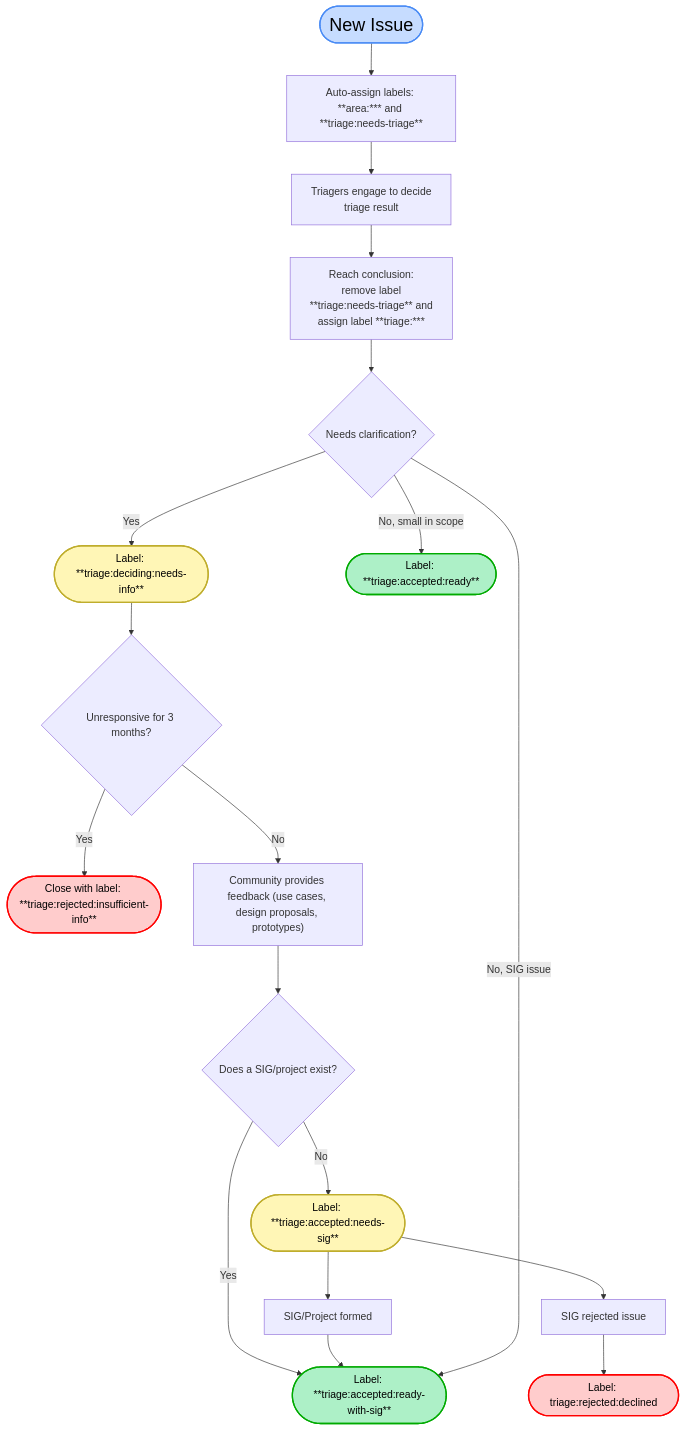
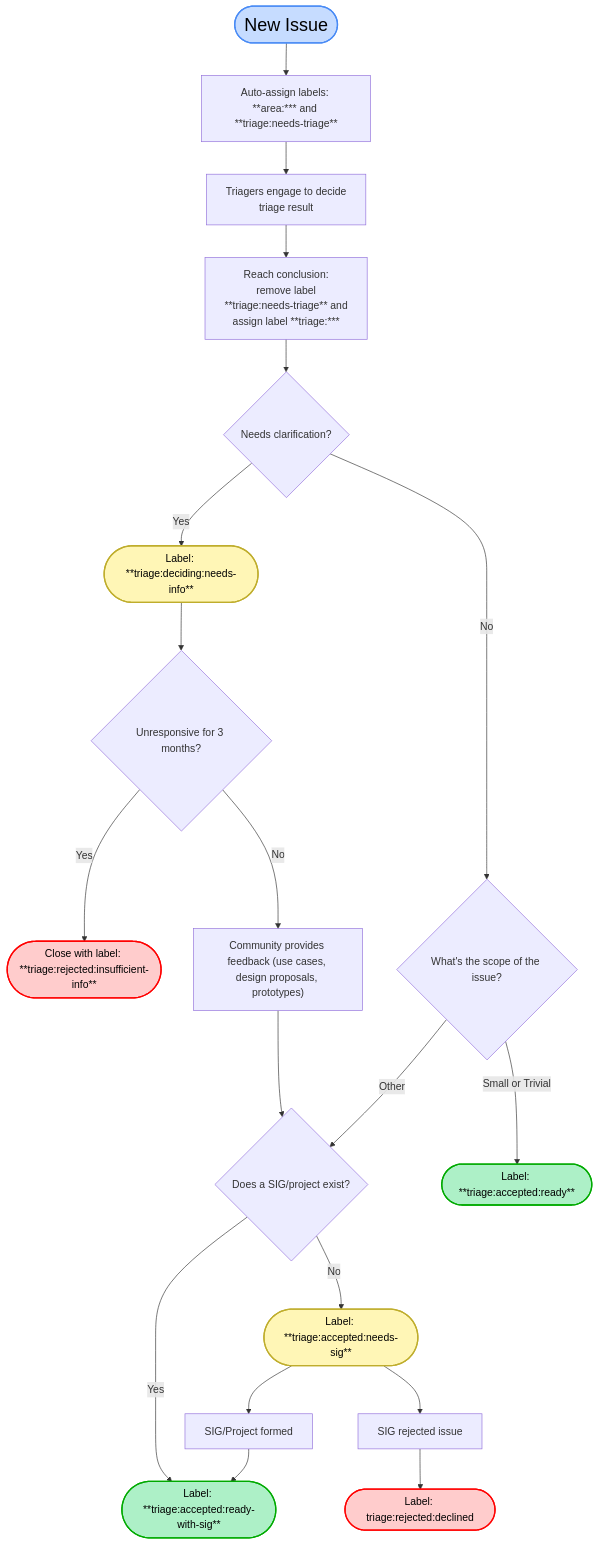
One commit to open-telemetry/semantic-conventions changed the first of 2 diagrams in issue-management.md. Above: the diagram before and after it, drawn with Mermaid.

Commit message:
PR suggestions

````diff
--- a/issue-management.md
+++ b/issue-management.md
@@ -33,38 +33,39 @@
 ```mermaid
 graph TD
     START([New Issue]) --> AUTO_ASSIGN["Auto-assign labels: **area:*** and **triage:needs-triage**"]
     AUTO_ASSIGN--> TRIAGE["Triagers engage to decide<br> triage result"]
     TRIAGE --> TRIAGE_CONCLUSION["Reach conclusion:
             remove label
             **triage:needs-triage** and
             assign label **triage:***"]
 
     TRIAGE_CONCLUSION --> NEEDS_INFO{Needs clarification?}
     NEEDS_INFO -->|Yes| L_NEEDS_INFO([Label: **triage:deciding:needs-info**])
     L_NEEDS_INFO --> UNRESPONSIVE{Unresponsive for 3 months?}
     UNRESPONSIVE -->|Yes| L_INSUFFICIENT_INFO([Close with label: **triage:rejected:insufficient-info**])
     UNRESPONSIVE -->|No| FEEDBACK_PROVIDED["Community provides feedback (use cases, design proposals, prototypes)"]
     FEEDBACK_PROVIDED --> SIG_EXISTS{Does a SIG/project exist?}
     SIG_EXISTS -->|Yes| L_READY_SIG
     SIG_EXISTS -->|No| L_NEEDS_SIG([Label: **triage:accepted:needs-sig**])
     L_NEEDS_SIG --> SIG_FORMED[SIG/Project formed]
     SIG_FORMED --> L_READY_SIG
     L_NEEDS_SIG --> SIG_REJECTED[SIG rejected issue]
     SIG_REJECTED --> REJECTED([Label: triage:rejected:declined])
     L_READY_SIG([Label: **triage:accepted:ready-with-sig**])
 
-    NEEDS_INFO -->|No, small in scope| L_READY([Label: **triage:accepted:ready**])
-    NEEDS_INFO -->|No, SIG issue | L_READY_SIG
+    NEEDS_INFO -->|No| L_CHECK_SCOPE{What's the scope of the issue?}
+    L_CHECK_SCOPE -->|Small or Trivial| L_READY([Label: **triage:accepted:ready**])
+    L_CHECK_SCOPE -->|Other| SIG_EXISTS{Does a SIG/project exist?}
 
     %% Define Classes
     classDef styleStart fill:#c6dcff,stroke:#498bf5,stroke-width:2px,color:#000,font-size:1.2em;
     classDef styleRejected fill:#FFCCCC,stroke:#FF0000,stroke-width:2px,color:#000;
     classDef styleAccepted fill:#adf0c7,stroke:#00AA00,stroke-width:2px,color:#000;
     classDef styleLabel fill:#fff6b6,stroke:#bfad2c,stroke-width:2px,color:#000;
 
     %% Assign Classes to Nodes
     class START styleStart;
     class REJECTED,L_INSUFFICIENT_INFO styleRejected;
     class L_READY,L_READY_SIG styleAccepted;
     class L_NEEDS_INFO,L_NEEDS_SIG styleLabel;
 ```
````
